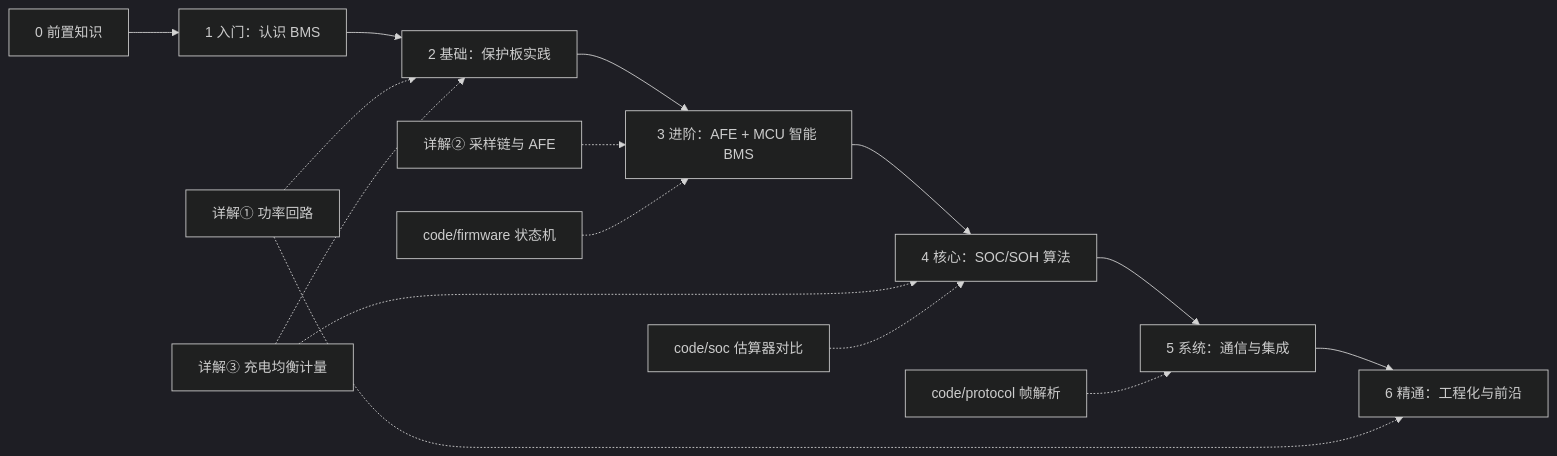
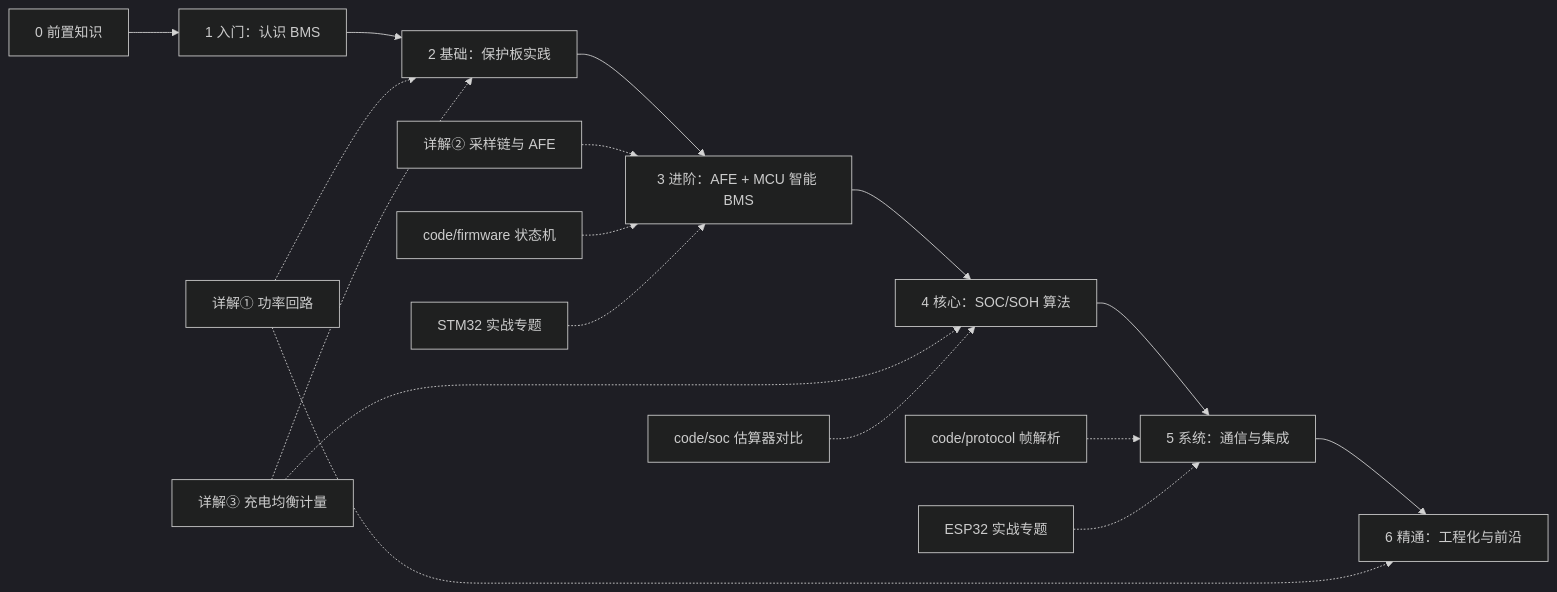
Before and after one commit to zhuguang-ZFG/BMS-Z: the diagram in docs/bms-resources.md, drawn with Mermaid (dark theme). The commit also changed other lines of this file and 10 other files, not shown here.

First line of the commit message:
feat(docs): STM32 + ESP32 BMS topic guides with 2 animations (38->40)

````diff
--- a/docs/bms-resources.md
+++ b/docs/bms-resources.md
@@ -9,18 +9,20 @@
 ```mermaid
 flowchart LR
     A["0 前置知识"] --> B["1 入门：认识 BMS"]
     B --> C["2 基础：保护板实践"]
     C --> D["3 进阶：AFE + MCU 智能 BMS"]
     D --> E["4 核心：SOC/SOH 算法"]
     E --> F["5 系统：通信与集成"]
     F --> G["6 精通：工程化与前沿"]
 
     H["详解① 功率回路"] -.-> C
     H -.-> G
     I["详解② 采样链与 AFE"] -.-> D
     J["详解③ 充电均衡计量"] -.-> C
     J -.-> E
     K["code/firmware 状态机"] -.-> D
     L["code/soc 估算器对比"] -.-> E
     M["code/protocol 帧解析"] -.-> F
+    N["STM32 实战专题"] -.-> D
+    O["ESP32 实战专题"] -.-> F
 ```
````
